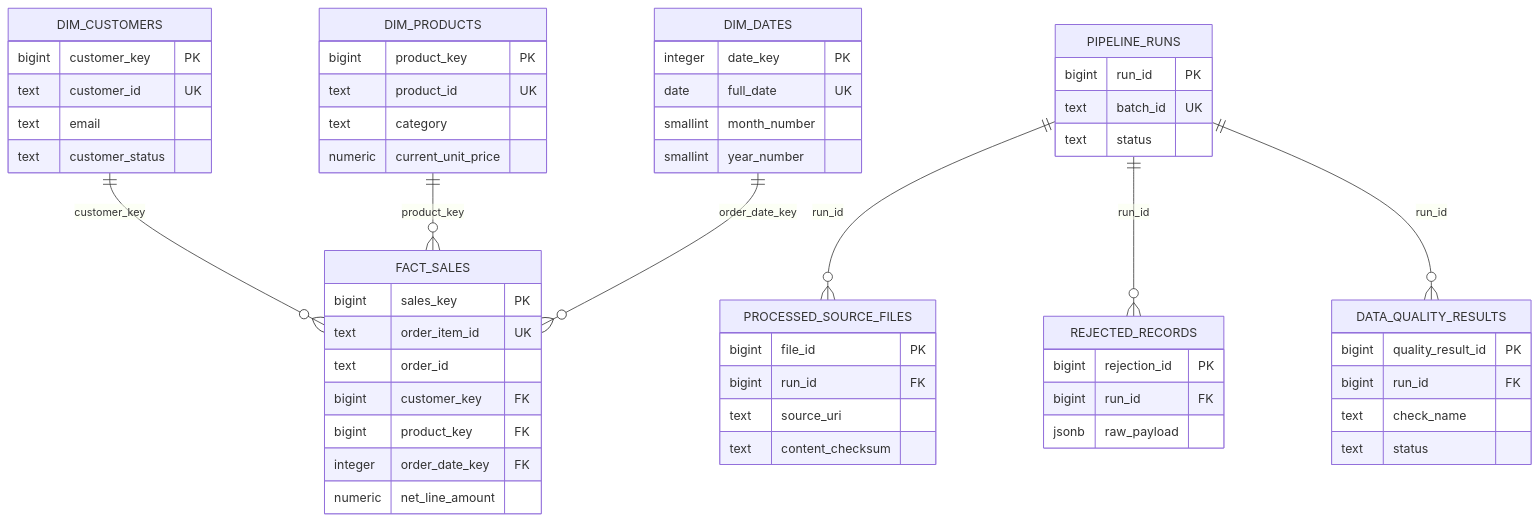
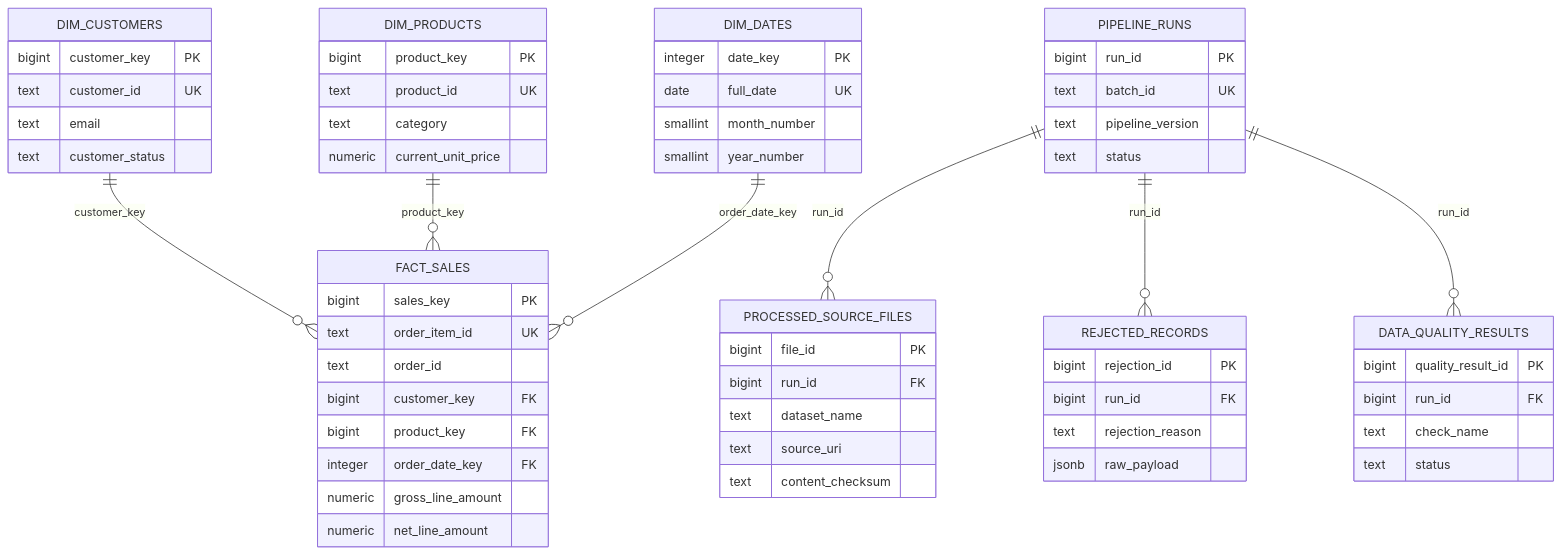
Before and after one commit to ZohairShakir/Data-Engineering-Pipeline.: the third of 3 diagrams in docs/architecture.md, drawn with Mermaid. The commit also changed other lines of this file and 75 other files, not shown here.

````diff
--- a/docs/architecture.md
+++ b/docs/architecture.md
@@ -24,59 +53,63 @@
 ```mermaid
 erDiagram
     DIM_CUSTOMERS ||--o{ FACT_SALES : "customer_key"
     DIM_PRODUCTS ||--o{ FACT_SALES : "product_key"
     DIM_DATES ||--o{ FACT_SALES : "order_date_key"
     PIPELINE_RUNS ||--o{ PROCESSED_SOURCE_FILES : "run_id"
     PIPELINE_RUNS ||--o{ REJECTED_RECORDS : "run_id"
     PIPELINE_RUNS ||--o{ DATA_QUALITY_RESULTS : "run_id"
 
     DIM_CUSTOMERS {
         bigint customer_key PK
         text customer_id UK
         text email
         text customer_status
     }
     DIM_PRODUCTS {
         bigint product_key PK
         text product_id UK
         text category
         numeric current_unit_price
     }
     DIM_DATES {
         integer date_key PK
         date full_date UK
         smallint month_number
         smallint year_number
     }
     FACT_SALES {
         bigint sales_key PK
         text order_item_id UK
         text order_id
         bigint customer_key FK
         bigint product_key FK
         integer order_date_key FK
+        numeric gross_line_amount
         numeric net_line_amount
     }
     PIPELINE_RUNS {
         bigint run_id PK
         text batch_id UK
+        text pipeline_version
         text status
     }
     PROCESSED_SOURCE_FILES {
         bigint file_id PK
         bigint run_id FK
+        text dataset_name
         text source_uri
         text content_checksum
     }
     REJECTED_RECORDS {
         bigint rejection_id PK
         bigint run_id FK
+        text rejection_reason
         jsonb raw_payload
     }
     DATA_QUALITY_RESULTS {
         bigint quality_result_id PK
         bigint run_id FK
         text check_name
         text status
     }
 ```
````
